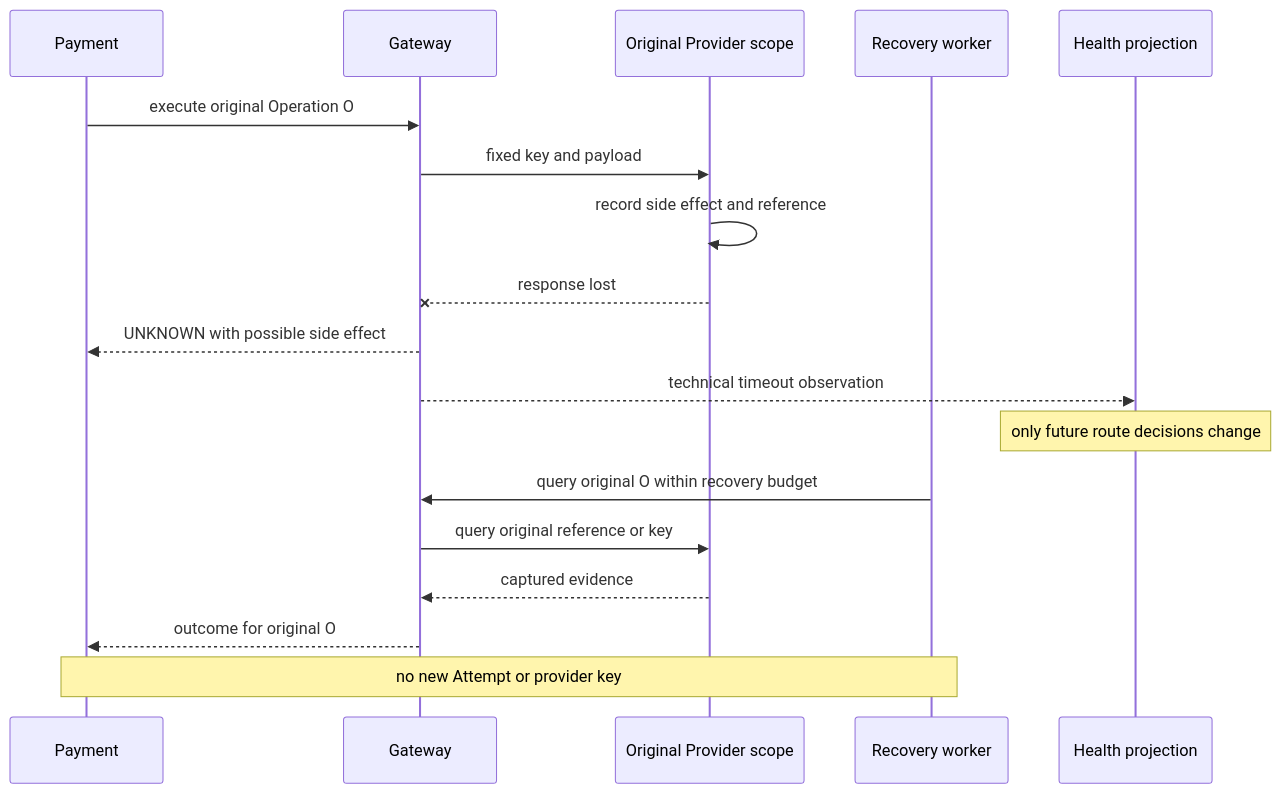
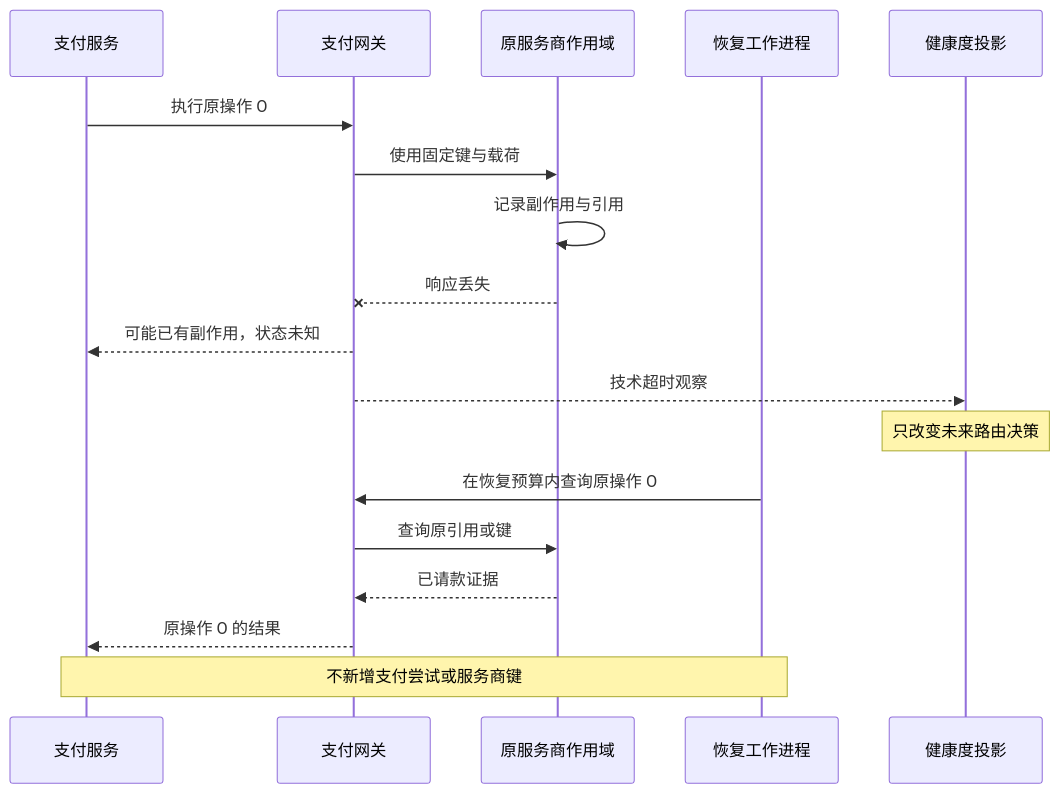
The third of 5 diagrams in part-6-case-study/global-payment-routing-platform.md (YouEclipse/Designing-Modern-Payment-Systems), drawn with Mermaid before and after one commit. The commit also changed other lines of this file and 59 other files, not shown here.

````diff
--- a/part-6-case-study/global-payment-routing-platform.md
+++ b/part-6-case-study/global-payment-routing-platform.md
@@ -317,20 +317,20 @@
 ```mermaid
 sequenceDiagram
-    participant P as Payment
-    participant G as Gateway
-    participant PSP as Original Provider scope
-    participant W as Recovery worker
-    participant H as Health projection
-    P->>G: execute original Operation O
-    G->>PSP: fixed key and payload
-    PSP->>PSP: record side effect and reference
-    PSP--xG: response lost
-    G-->>P: UNKNOWN with possible side effect
-    G-->>H: technical timeout observation
-    Note over H: only future route decisions change
-    W->>G: query original O within recovery budget
-    G->>PSP: query original reference or key
-    PSP-->>G: captured evidence
-    G-->>P: outcome for original O
-    Note over P,W: no new Attempt or provider key
+    participant P as 支付服务
+    participant G as 支付网关
+    participant PSP as 原服务商作用域
+    participant W as 恢复工作进程
+    participant H as 健康度投影
+    P->>G: 执行原操作 O
+    G->>PSP: 使用固定键与载荷
+    PSP->>PSP: 记录副作用与引用
+    PSP--xG: 响应丢失
+    G-->>P: 可能已有副作用，状态未知
+    G-->>H: 技术超时观察
+    Note over H: 只改变未来路由决策
+    W->>G: 在恢复预算内查询原操作 O
+    G->>PSP: 查询原引用或键
+    PSP-->>G: 已请款证据
+    G-->>P: 原操作 O 的结果
+    Note over P,W: 不新增支付尝试或服务商键
 ```
````
